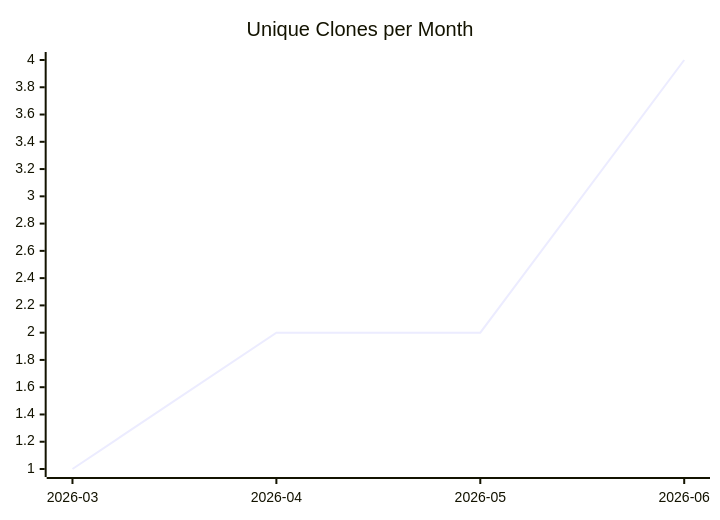
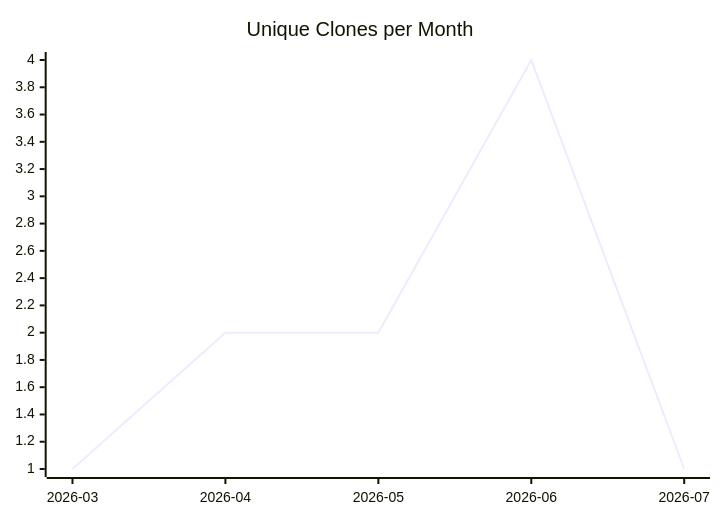
Before and after one commit to justdavis-family/github-analytics-data: the third of 3 diagrams in karlmdavis/ansible-role-ldap/README.md, drawn with Mermaid. The commit also changed other lines of this file and 199 other files, not shown here.

````diff
--- a/karlmdavis/ansible-role-ldap/README.md
+++ b/karlmdavis/ansible-role-ldap/README.md
@@ -19,6 +19,6 @@
 ```mermaid
 xychart-beta
   title "Unique Clones per Month"
-  x-axis ["2026-03", "2026-04", "2026-05", "2026-06"]
-  line [1, 2, 2, 4]
+  x-axis ["2026-03", "2026-04", "2026-05", "2026-06", "2026-07"]
+  line [1, 2, 2, 4, 1]
 ```
````
